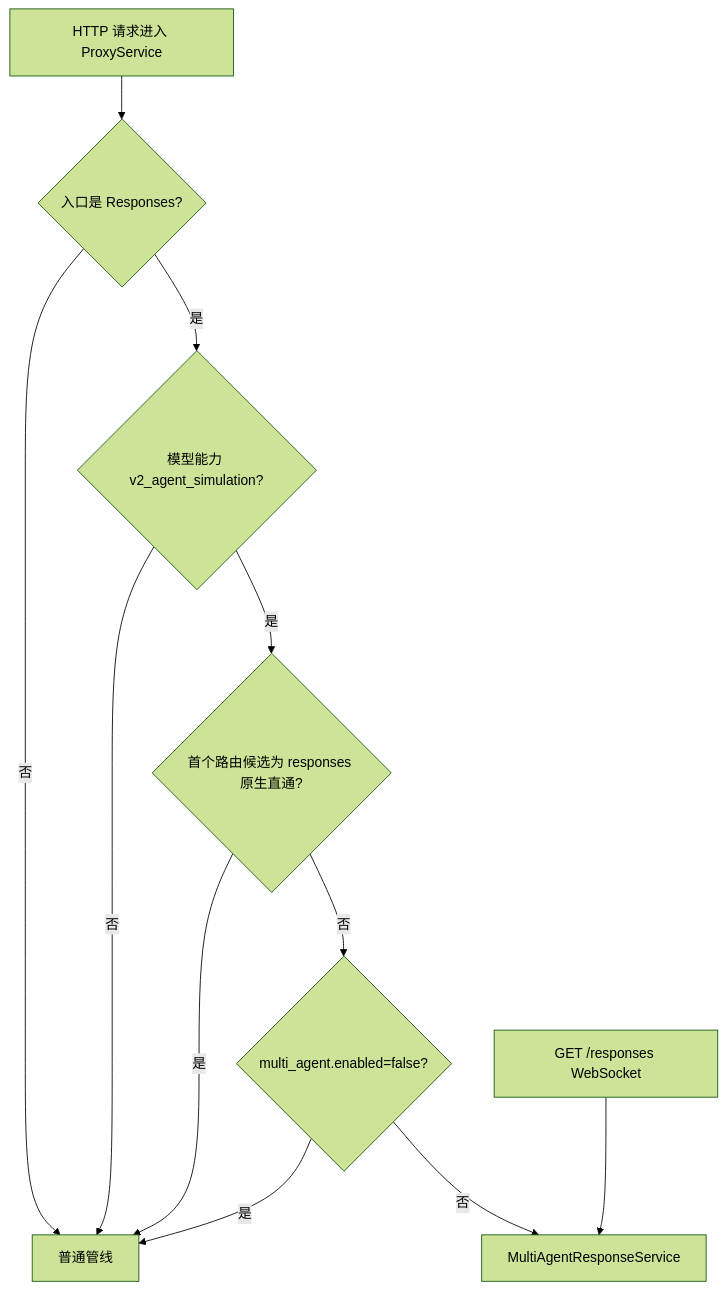
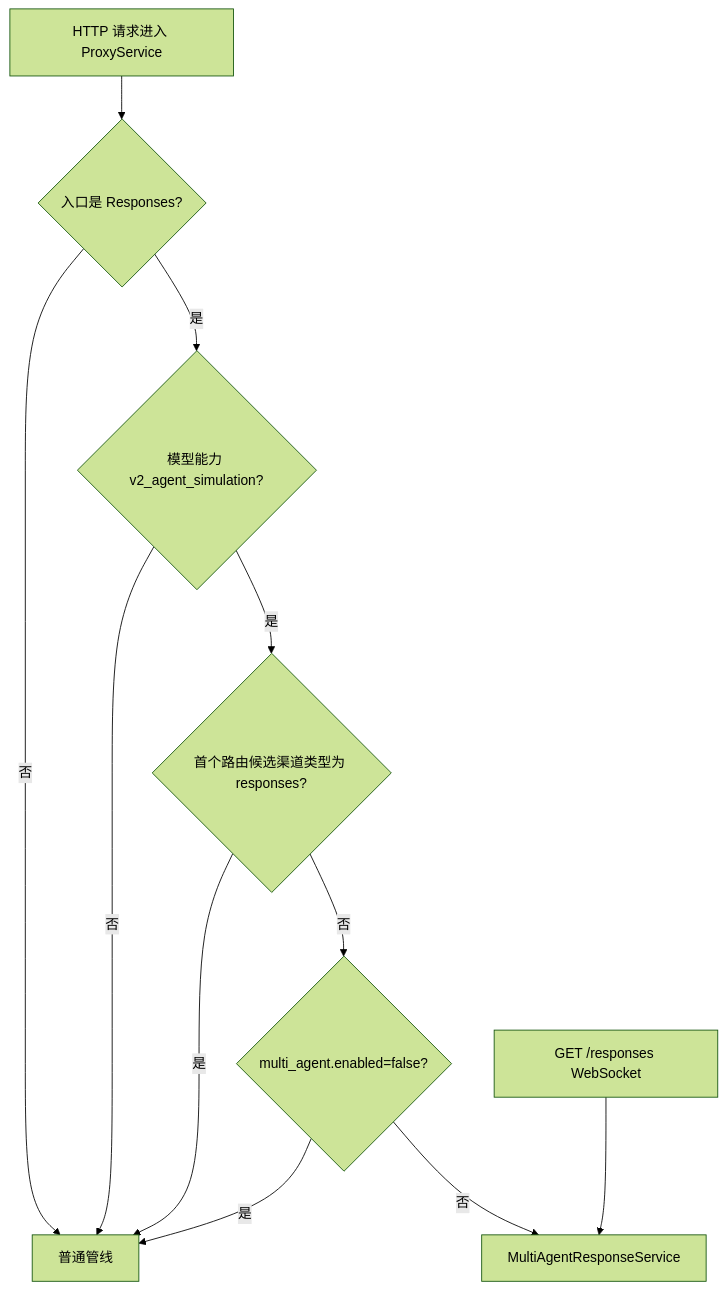
The diagram in prd/19-multi-agent-simulation.md (shL1481558059/OpenCodex), drawn with Mermaid (forest theme) before and after one commit. The commit also changed other lines of this file and 6 other files, not shown here.

````diff
--- a/prd/19-multi-agent-simulation.md
+++ b/prd/19-multi-agent-simulation.md
@@ -126,13 +126,13 @@
 ```mermaid
 flowchart TD
     A[HTTP 请求进入 ProxyService] --> B{入口是 Responses?}
     B -- 否 --> P[普通管线]
     B -- 是 --> C{模型能力 v2_agent_simulation?}
     C -- 否 --> P
-    C -- 是 --> N{首个路由候选为 responses 原生直通?}
+    C -- 是 --> N{首个路由候选渠道类型为 responses?}
     N -- 是 --> P
     N -- 否 --> D{multi_agent.enabled=false?}
     D -- 是 --> P
     D -- 否 --> M[MultiAgentResponseService]
     W[GET /responses WebSocket] --> M
 ```
````
